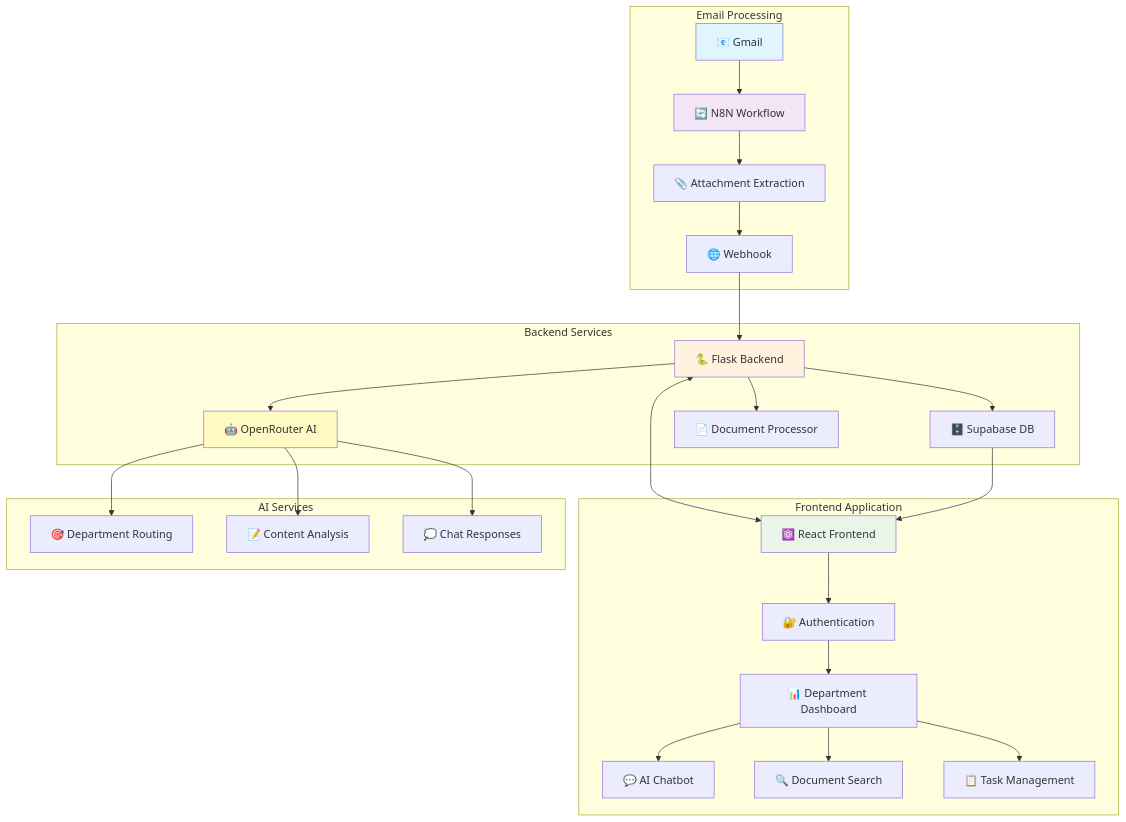
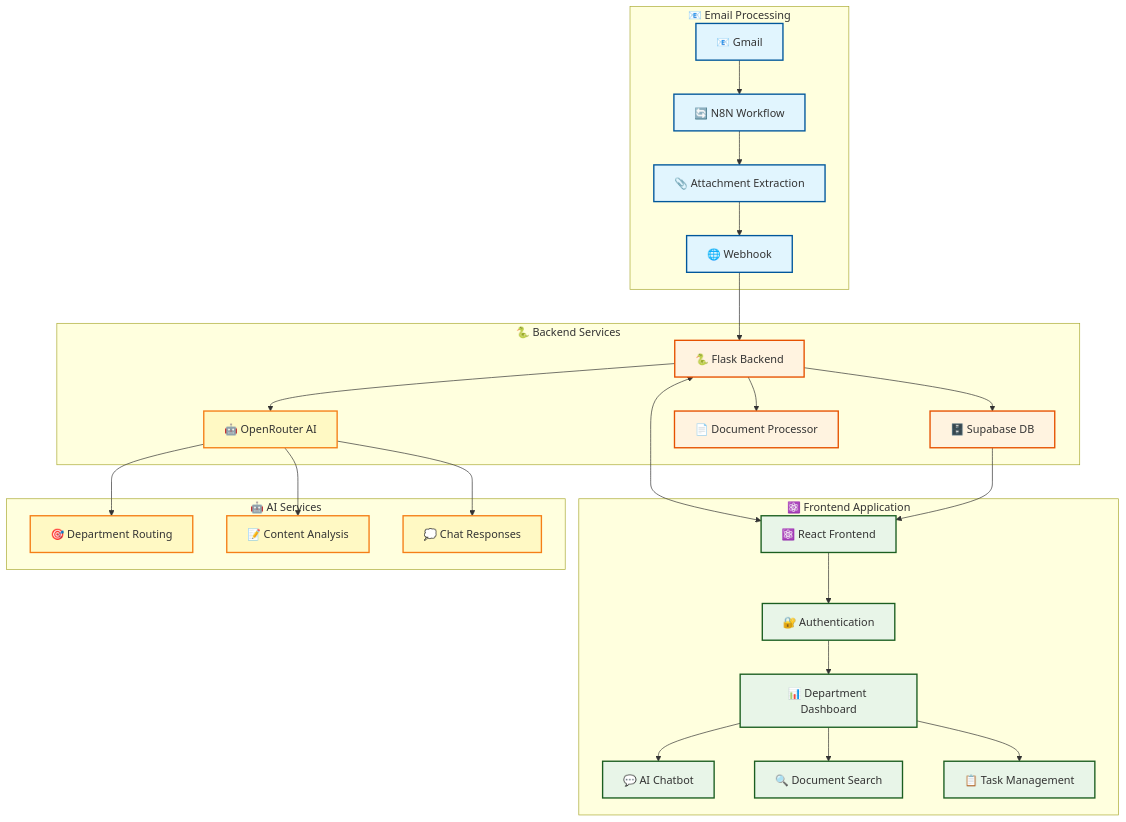
Before and after one commit to shaniya-v/Doc.X-Intelligent: the first of 4 diagrams in README.md, drawn with Mermaid. The commit also changed other lines of this file, not shown here.

Commit message:
Fix: Mermaid system architecture diagram syntax
- Fixed subgraph naming (removed quotes and spaces)
- Changed styling from 'style' to 'classDef' and 'class' for GitHub compatibility
- Added simplified architecture flow diagram as backup
- Both diagrams now render properly on GitHub

````diff
--- a/README.md
+++ b/README.md
@@ -61,38 +61,42 @@
 ```mermaid
 graph TB
-    subgraph "Email Processing"
+    subgraph Email["📧 Email Processing"]
         A[📧 Gmail] --> B[🔄 N8N Workflow]
         B --> C[📎 Attachment Extraction]
         C --> D[🌐 Webhook]
     end
     
-    subgraph "Backend Services"
+    subgraph Backend["🐍 Backend Services"]
         D --> E[🐍 Flask Backend]
         E --> F[🤖 OpenRouter AI]
         E --> G[🗄️ Supabase DB]
         E --> H[📄 Document Processor]
     end
     
-    subgraph "Frontend Application"
+    subgraph Frontend["⚛️ Frontend Application"]
         I[⚛️ React Frontend] --> J[🔐 Authentication]
         J --> K[📊 Department Dashboard]
         K --> L[💬 AI Chatbot]
         K --> M[🔍 Document Search]
         K --> N[📋 Task Management]
     end
     
-    subgraph "AI Services"
+    subgraph AI["🤖 AI Services"]
         F --> O[🎯 Department Routing]
         F --> P[📝 Content Analysis]
         F --> Q[💭 Chat Responses]
     end
     
     E <--> I
     G --> I
     
-    style A fill:#e1f5fe
-    style B fill:#f3e5f5
-    style E fill:#fff3e0
-    style I fill:#e8f5e8
-    style F fill:#fff9c4
+    classDef emailStyle fill:#e1f5fe,stroke:#01579b,stroke-width:2px
+    classDef backendStyle fill:#fff3e0,stroke:#e65100,stroke-width:2px
+    classDef frontendStyle fill:#e8f5e8,stroke:#1b5e20,stroke-width:2px
+    classDef aiStyle fill:#fff9c4,stroke:#f57f17,stroke-width:2px
+    
+    class A,B,C,D emailStyle
+    class E,G,H backendStyle
+    class I,J,K,L,M,N frontendStyle
+    class F,O,P,Q aiStyle
 ```
````
